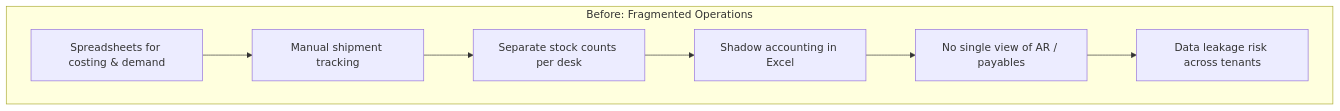
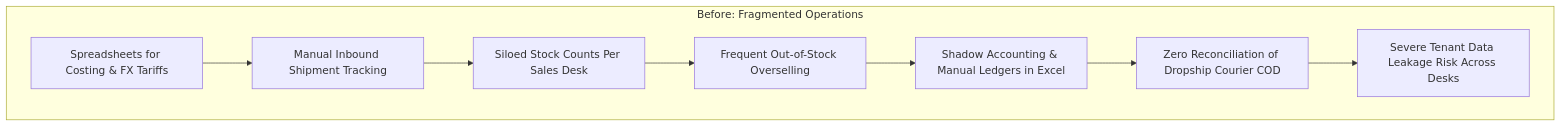
The first of 10 diagrams in src/content/projects/01-tradeflowbd.md (marceldavidbaroi/portfolio-astro), drawn with Mermaid before and after one commit. The commit also changed other lines of this file and 90 other files, not shown here.

````diff
--- a/src/content/projects/01-tradeflowbd.md
+++ b/src/content/projects/01-tradeflowbd.md
@@ -184,10 +193,11 @@
 ```mermaid
 flowchart TD
     subgraph Before ["Before: Fragmented Operations"]
-        A["Spreadsheets for costing & demand"] --> B["Manual shipment tracking"]
-        B --> C["Separate stock counts per desk"]
-        C --> D["Shadow accounting in Excel"]
-        D --> E["No single view of AR / payables"]
-        E --> F["Data leakage risk across tenants"]
+        A["Spreadsheets for Costing & FX Tariffs"] --> B["Manual Inbound Shipment Tracking"]
+        B --> C["Siloed Stock Counts Per Sales Desk"]
+        C --> D["Frequent Out-of-Stock Overselling"]
+        D --> E["Shadow Accounting & Manual Ledgers in Excel"]
+        E --> F["Zero Reconciliation of Dropship Courier COD"]
+        F --> G["Severe Tenant Data Leakage Risk Across Desks"]
     end
 ```
````
